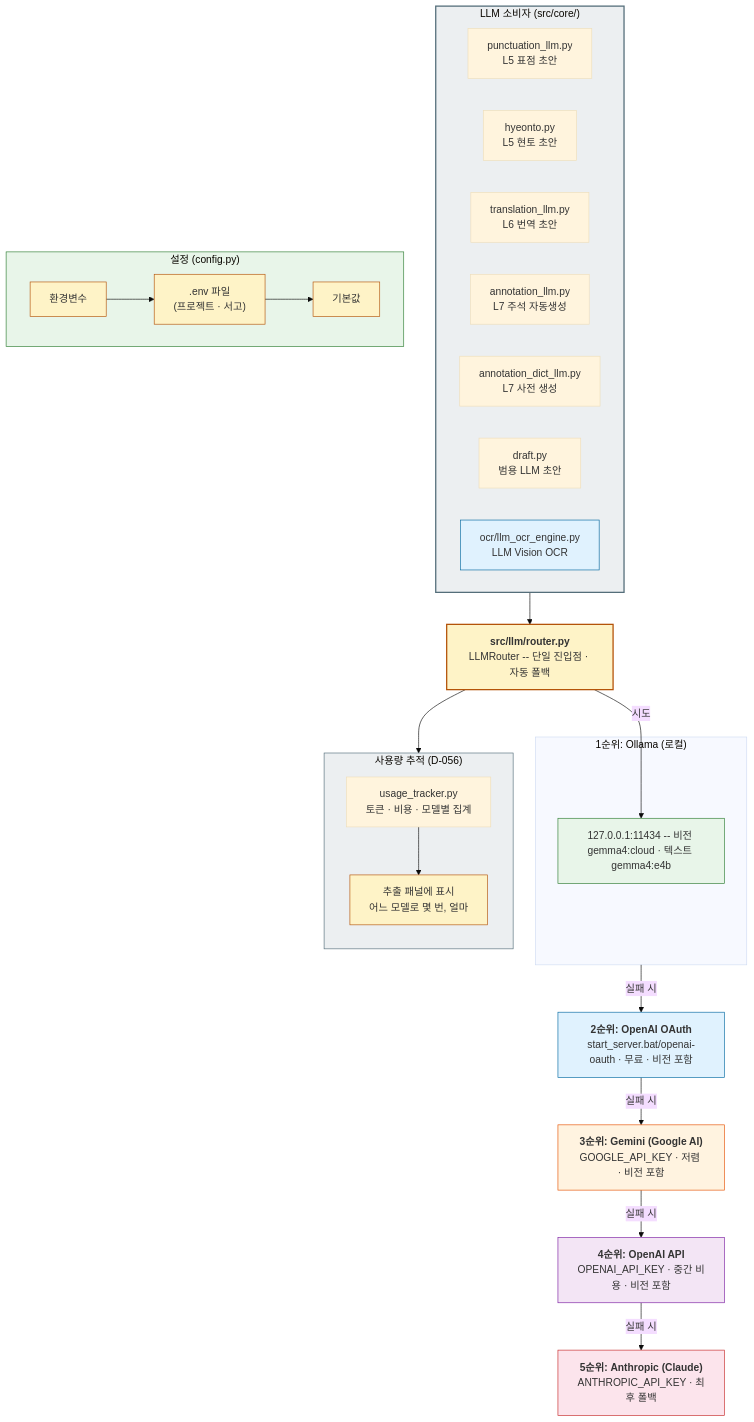
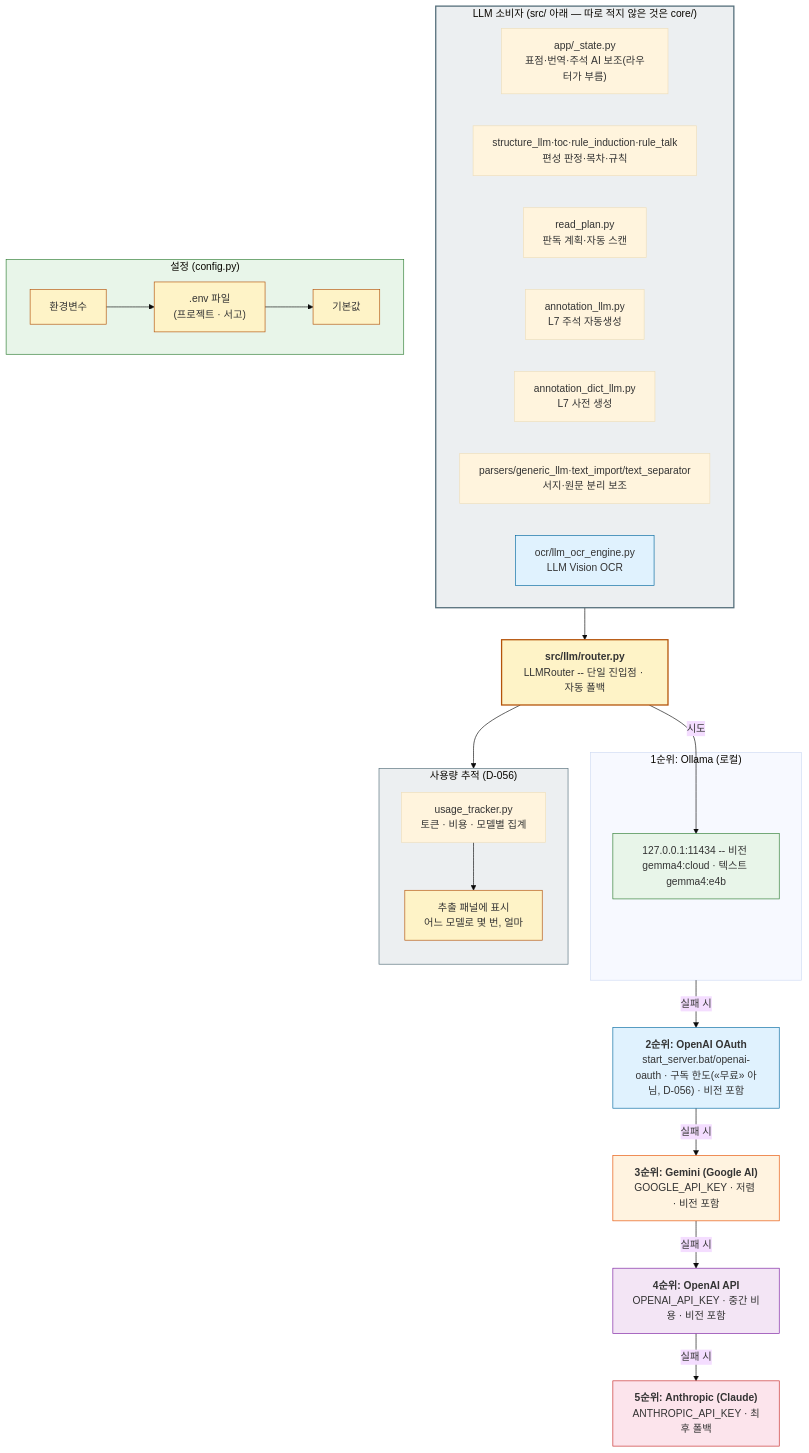
The fourth of 14 diagrams in docs/architecture-diagrams.md (hw725/classical-text-browser), drawn with Mermaid (base theme) before and after one commit. The commit also changed other lines of this file and 98 other files, not shown here.

````diff
--- a/docs/architecture-diagrams.md
+++ b/docs/architecture-diagrams.md
@@ -330,63 +332,63 @@
 ```mermaid
 flowchart TB
     ENTRY["<b>src/llm/router.py</b><br/>LLMRouter -- 단일 진입점 · 자동 폴백"]
 
     ENTRY -->|"시도"| TIER1
 
     subgraph TIER1_GROUP["1순위: Ollama (로컬)"]
         TIER1["127.0.0.1:11434 -- 비전 gemma4:cloud · 텍스트 gemma4:e4b"]
     end
 
     TIER1_GROUP -->|"실패 시"| TIER2
-    TIER2["<b>2순위: OpenAI OAuth</b><br/>start_server.bat/openai-oauth · 무료 · 비전 포함"]
+    TIER2["<b>2순위: OpenAI OAuth</b><br/>start_server.bat/openai-oauth · 구독 한도(«무료» 아님, D-056) · 비전 포함"]
     TIER2 -->|"실패 시"| TIER3
     TIER3["<b>3순위: Gemini (Google AI)</b><br/>GOOGLE_API_KEY · 저렴 · 비전 포함"]
     TIER3 -->|"실패 시"| TIER4
     TIER4["<b>4순위: OpenAI API</b><br/>OPENAI_API_KEY · 중간 비용 · 비전 포함"]
     TIER4 -->|"실패 시"| TIER5
     TIER5["<b>5순위: Anthropic (Claude)</b><br/>ANTHROPIC_API_KEY · 최후 폴백"]
 
-    subgraph CONSUMERS["LLM 소비자 (src/core/)"]
+    subgraph CONSUMERS["LLM 소비자 (src/ 아래 — 따로 적지 않은 것은 core/)"]
         direction LR
-        C1["punctuation_llm.py<br/>L5 표점 초안"]
-        C2["hyeonto.py<br/>L5 현토 초안"]
-        C3["translation_llm.py<br/>L6 번역 초안"]
+        C1["app/_state.py<br/>표점·번역·주석 AI 보조(라우터가 부름)"]
+        C2["structure_llm·toc·rule_induction·rule_talk<br/>편성 판정·목차·규칙"]
+        C3["read_plan.py<br/>판독 계획·자동 스캔"]
         C4["annotation_llm.py<br/>L7 주석 자동생성"]
         C5["annotation_dict_llm.py<br/>L7 사전 생성"]
-        C6["draft.py<br/>범용 LLM 초안"]
+        C6["parsers/generic_llm·text_import/text_separator<br/>서지·원문 분리 보조"]
         C7["ocr/llm_ocr_engine.py<br/>LLM Vision OCR"]
     end
 
     CONSUMERS --> ENTRY
 
     subgraph CONFIG["설정 (config.py)"]
         CF1["환경변수"]
         CF2[".env 파일<br/>(프로젝트 · 서고)"]
         CF3["기본값"]
         CF1 --> CF2 --> CF3
     end
 
     subgraph USAGE["사용량 추적 (D-056)"]
         direction TB
         UT["usage_tracker.py<br/>토큰 · 비용 · 모델별 집계"]
         UT2["추출 패널에 표시<br/>어느 모델로 몇 번, 얼마"]
         UT --> UT2
     end
 
     ENTRY --> USAGE
 
     style UT2 fill:#fef3c7,stroke:#b45309
     style C7 fill:#e0f2fe,stroke:#0369a1
     style ENTRY fill:#fef3c7,stroke:#b45309,stroke-width:2px
     style TIER1 fill:#e8f5e9,stroke:#2e7d32
     style TIER2 fill:#e0f2fe,stroke:#0369a1
     style TIER3 fill:#fff3e0,stroke:#e65100
     style TIER4 fill:#f3e5f5,stroke:#7b1fa2
     style TIER5 fill:#fce4ec,stroke:#c62828
     style CONSUMERS fill:#eceff1,stroke:#546e7a,stroke-width:2px
     style CONFIG fill:#e8f5e9,stroke:#2e7d32
     style CF1 fill:#fef3c7,stroke:#b45309
     style CF2 fill:#fef3c7,stroke:#b45309
     style CF3 fill:#fef3c7,stroke:#b45309
     style USAGE fill:#eceff1,stroke:#546e7a
 ```
````
